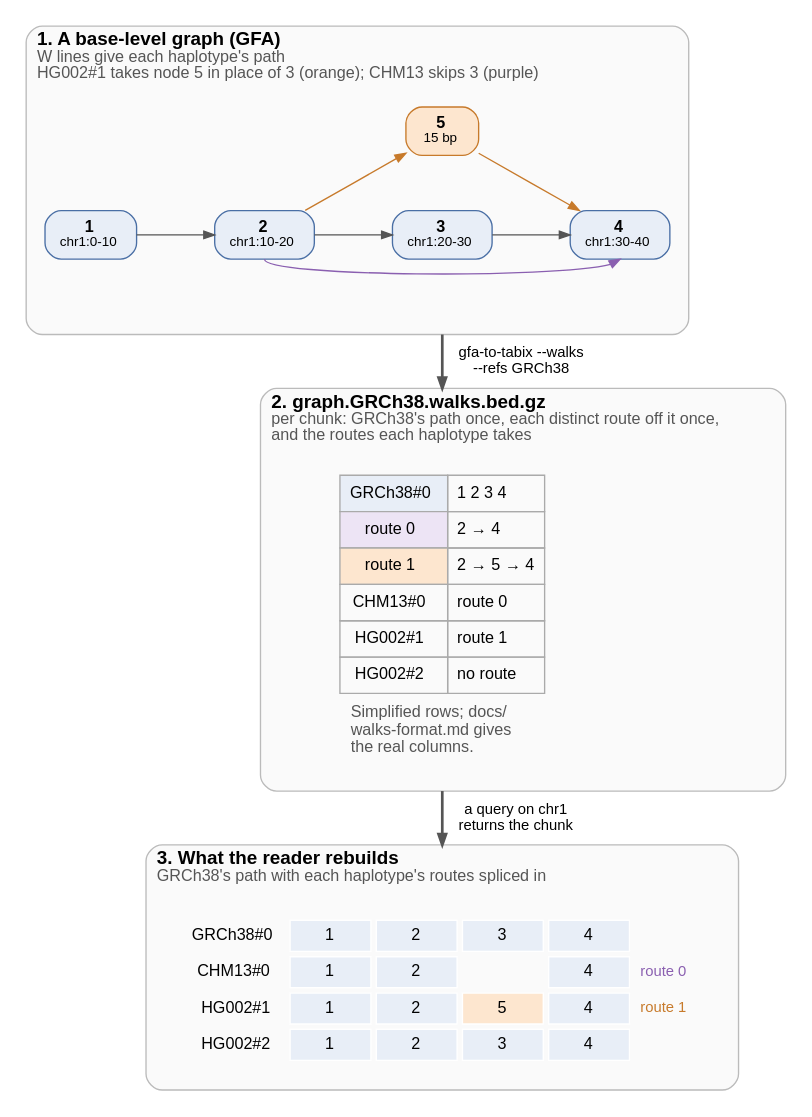
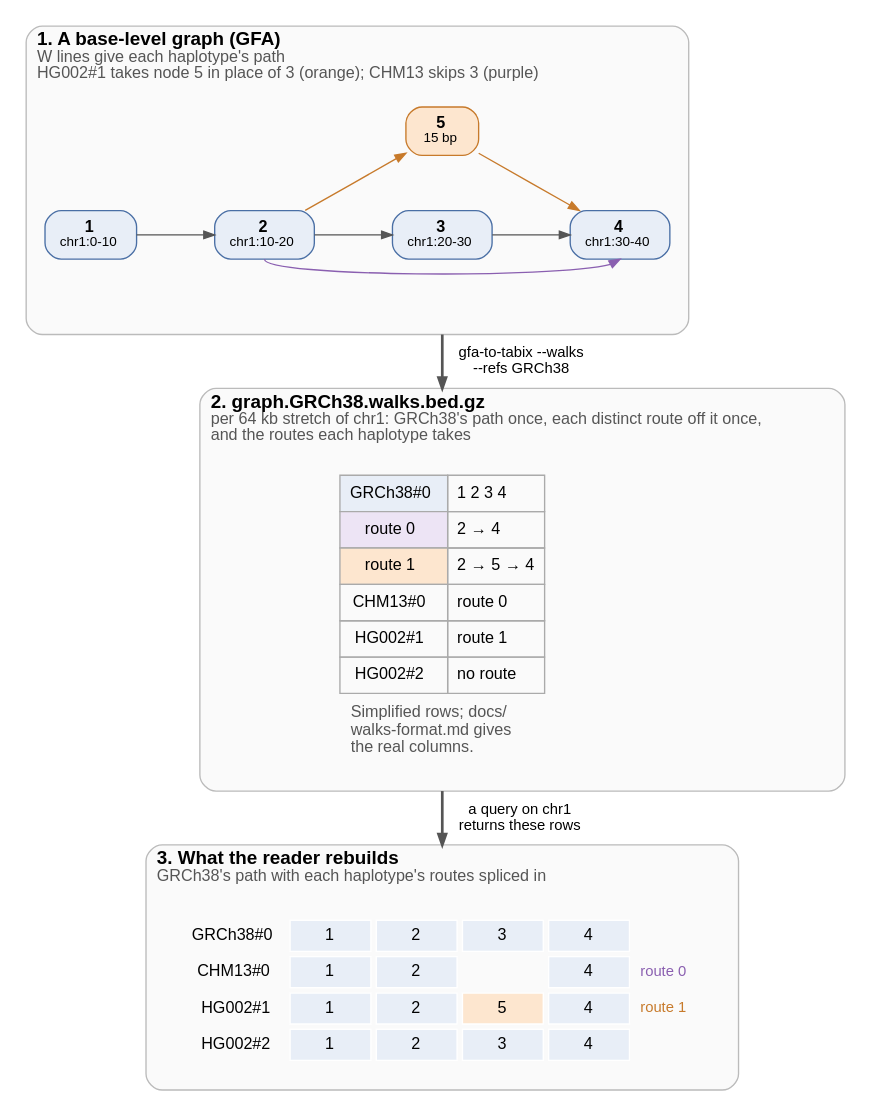
The diagram in docs/figures/walks.dot (GMOD/gfa-to-tabix), drawn with Graphviz before and after one commit. The commit also changed 4 other files, not shown here.

First line of the commit message:
Walks figure: say "64 kb stretch of chr1" instead of "chunk"

```diff
--- a/docs/figures/walks.dot
+++ b/docs/figures/walks.dot
@@ -1,70 +1,72 @@
 // scripts/figures.py fills the marked rows from the tool's output and draws this figure
 digraph walks {
   bgcolor="white"
   fontname="Helvetica"
   newrank=true
   compound=true
   nodesep=0.4
   ranksep=0.55
   node [fontname="Helvetica", fontsize=12, shape=box, style="filled,rounded", fillcolor="#e8eef7", color="#4a6fa5", margin="0.15,0.06"]
   edge [fontname="Helvetica", fontsize=11, color="#555555", arrowsize=0.8]
 
   subgraph {
     graph [labeljust=l, fontsize=14, color="#bbbbbb", style="rounded,filled", fillcolor="#fafafa", margin=14]
 
     subgraph cluster_graph {
       label=<<B>1. A base-level graph (GFA)</B><BR ALIGN="LEFT"/><FONT POINT-SIZE="12" COLOR="#555555">W lines give each haplotype's path</FONT><BR ALIGN="LEFT"/><FONT POINT-SIZE="12" COLOR="#555555">HG002#1 takes node 5 in place of 3 (orange); CHM13 skips 3 (purple)</FONT><BR ALIGN="LEFT"/>>
       // begin graph
       n1 [label=<<B>1</B><BR/><FONT POINT-SIZE="10">chr1:0-10</FONT>>]
       n2 [label=<<B>2</B><BR/><FONT POINT-SIZE="10">chr1:10-20</FONT>>]
       n3 [label=<<B>3</B><BR/><FONT POINT-SIZE="10">chr1:20-30</FONT>>]
       n4 [label=<<B>4</B><BR/><FONT POINT-SIZE="10">chr1:30-40</FONT>>]
       n5 [label=<<B>5</B><BR/><FONT POINT-SIZE="10">15 bp</FONT>>, fillcolor="#fde6cf", color="#c77a2b"]
       {rank=same; n1; n2; n3; n4}
       n1 -> n2 [weight=20]
       n2 -> n3 [weight=20]
       n3 -> n4 [weight=20]
       n2 -> n5 [color="#c77a2b", constraint=false]
       n5 -> n4 [color="#c77a2b", constraint=false]
       n2:s -> n4:s [color="#8a5fb0", constraint=false]
       n5 -> n3 [style=invis, weight=20]
       nbelow [style=invis, label="", width=0, height=0]
       n3 -> nbelow [style=invis]
       // end graph
     }
 
     subgraph cluster_file {
-      label=<<B>2. graph.GRCh38.walks.bed.gz</B><BR ALIGN="LEFT"/><FONT POINT-SIZE="12" COLOR="#555555">per chunk: GRCh38's path once, each distinct route off it once,</FONT><BR ALIGN="LEFT"/><FONT POINT-SIZE="12" COLOR="#555555">and the routes each haplotype takes</FONT><BR ALIGN="LEFT"/>>
+      // begin label
+      label=<<B>2. graph.GRCh38.walks.bed.gz</B><BR ALIGN="LEFT"/><FONT POINT-SIZE="12" COLOR="#555555">per 64 kb stretch of chr1: GRCh38's path once, each distinct route off it once,</FONT><BR ALIGN="LEFT"/><FONT POINT-SIZE="12" COLOR="#555555">and the routes each haplotype takes</FONT><BR ALIGN="LEFT"/>>
+      // end label
       rows [shape=plaintext, style="", label=<
         <TABLE BORDER="0" CELLBORDER="0" CELLSPACING="0" CELLPADDING="0"><TR><TD><TABLE BORDER="0" CELLBORDER="1" CELLSPACING="0" CELLPADDING="6" COLOR="#aaaaaa">
           <!-- begin rows -->
           <TR><TD BGCOLOR="#e8eef7">GRCh38#0</TD><TD ALIGN="LEFT">1 2 3 4</TD></TR>
           <TR><TD BGCOLOR="#ede4f5">route 0</TD><TD ALIGN="LEFT">2 → 4</TD></TR>
           <TR><TD BGCOLOR="#fde6cf">route 1</TD><TD ALIGN="LEFT">2 → 5 → 4</TD></TR>
           <TR><TD>CHM13#0</TD><TD ALIGN="LEFT">route 0</TD></TR>
           <TR><TD>HG002#1</TD><TD ALIGN="LEFT">route 1</TD></TR>
           <TR><TD>HG002#2</TD><TD ALIGN="LEFT">no route</TD></TR>
           <!-- end rows -->
         </TABLE></TD></TR>
         <TR><TD CELLPADDING="8" ALIGN="LEFT" BALIGN="LEFT"><FONT POINT-SIZE="12" COLOR="#555555">Simplified rows; docs/<BR/>walks-format.md gives<BR/>the real columns.</FONT></TD></TR></TABLE>>]
     }
 
     subgraph cluster_rebuilt {
       label=<<B>3. What the reader rebuilds</B><BR ALIGN="LEFT"/><FONT POINT-SIZE="12" COLOR="#555555">GRCh38's path with each haplotype's routes spliced in</FONT><BR ALIGN="LEFT"/>>
       rebuilt [shape=plaintext, style="", label=<
         <TABLE BORDER="0" CELLBORDER="1" CELLSPACING="4" CELLPADDING="4" COLOR="#ffffff">
           <!-- begin rebuilt -->
           <TR><TD BORDER="0" ALIGN="RIGHT">GRCh38#0</TD><TD WIDTH="60" BGCOLOR="#e8eef7">1</TD><TD WIDTH="60" BGCOLOR="#e8eef7">2</TD><TD WIDTH="60" BGCOLOR="#e8eef7">3</TD><TD WIDTH="60" BGCOLOR="#e8eef7">4</TD><TD BORDER="0" ALIGN="LEFT"></TD></TR>
           <TR><TD BORDER="0" ALIGN="RIGHT">CHM13#0</TD><TD BGCOLOR="#e8eef7">1</TD><TD BGCOLOR="#e8eef7">2</TD><TD BORDER="0"></TD><TD BGCOLOR="#e8eef7">4</TD><TD BORDER="0" ALIGN="LEFT"><FONT POINT-SIZE="11" COLOR="#8a5fb0">route 0</FONT></TD></TR>
           <TR><TD BORDER="0" ALIGN="RIGHT">HG002#1</TD><TD BGCOLOR="#e8eef7">1</TD><TD BGCOLOR="#e8eef7">2</TD><TD BGCOLOR="#fde6cf">5</TD><TD BGCOLOR="#e8eef7">4</TD><TD BORDER="0" ALIGN="LEFT"><FONT POINT-SIZE="11" COLOR="#c77a2b">route 1</FONT></TD></TR>
           <TR><TD BORDER="0" ALIGN="RIGHT">HG002#2</TD><TD BGCOLOR="#e8eef7">1</TD><TD BGCOLOR="#e8eef7">2</TD><TD BGCOLOR="#e8eef7">3</TD><TD BGCOLOR="#e8eef7">4</TD><TD BORDER="0" ALIGN="LEFT"></TD></TR>
           <!-- end rebuilt -->
         </TABLE>>]
     }
   }
 
   // begin arrows
   nbelow -> rows [ltail=cluster_graph, lhead=cluster_file, label="  gfa-to-tabix --walks\n  --refs GRCh38", penwidth=2]
-  rows -> rebuilt [ltail=cluster_file, lhead=cluster_rebuilt, label="  a query on chr1\n  returns the chunk", penwidth=2]
+  rows -> rebuilt [ltail=cluster_file, lhead=cluster_rebuilt, label="  a query on chr1\n  returns these rows", penwidth=2]
   // end arrows
 }
```
